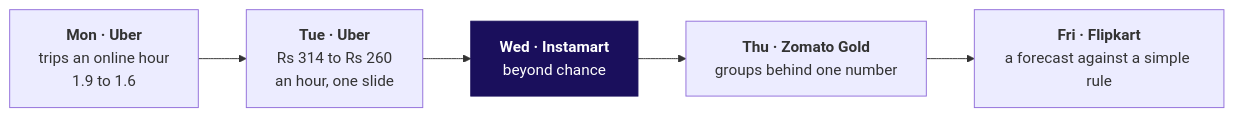
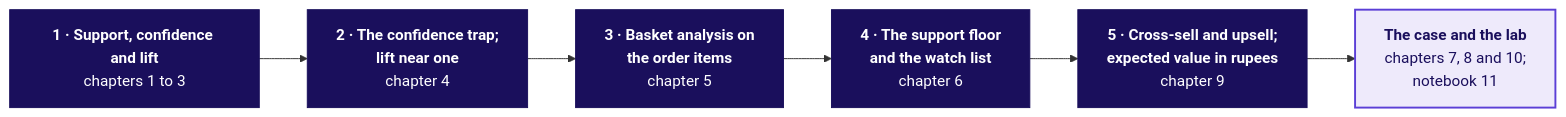
The diagram in content/W04/D3/study-notes/C2_W04_D03_notes_STUDENT.md (fde-academy-lab/c2-content-factory), drawn with Mermaid before and after one commit. The commit also changed other lines of this file and 9 other files, not shown here.

````diff
--- a/content/W04/D3/study-notes/C2_W04_D03_notes_STUDENT.md
+++ b/content/W04/D3/study-notes/C2_W04_D03_notes_STUDENT.md
@@ -28,9 +29,12 @@
 ```mermaid
 flowchart LR
-    M["<b>Mon · Uber</b><br/>trips an online hour<br/>1.9 to 1.6"] --> T["<b>Tue · Uber</b><br/>Rs 314 to Rs 260<br/>an hour, one slide"]
-    T --> W["<b>Wed · Instamart</b><br/>beyond chance"]
-    W --> H["<b>Thu · Zomato Gold</b><br/>groups behind one number"]
-    H --> F["<b>Fri · Flipkart</b><br/>a forecast against a simple rule"]
+    T1["<b>1 · Support, confidence and lift</b><br/>chapters 1 to 3"] --> T2["<b>2 · The confidence trap;</b><br/><b>lift near one</b><br/>chapter 4"]
+    T2 --> T3["<b>3 · Basket analysis on</b><br/><b>the order items</b><br/>chapter 5"]
+    T3 --> T4["<b>4 · The support floor</b><br/><b>and the watch list</b><br/>chapter 6"]
+    T4 --> T5["<b>5 · Cross-sell and upsell;</b><br/><b>expected value in rupees</b><br/>chapter 9"]
+    T5 --> C["<b>The case and the lab</b><br/>chapters 7, 8 and 10;<br/>notebook 11"]
     classDef lit fill:#1A0F5C,stroke:#1A0F5C,color:#FFFFFF
-    class W lit
+    classDef known fill:#EEEAFB,stroke:#5B3FD6,color:#1A0F5C,stroke-width:2px
+    class T1,T2,T3,T4,T5 lit
+    class C known
 ```
````
